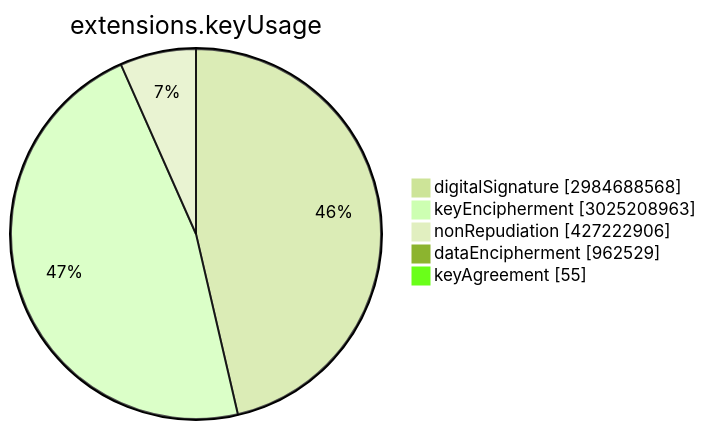
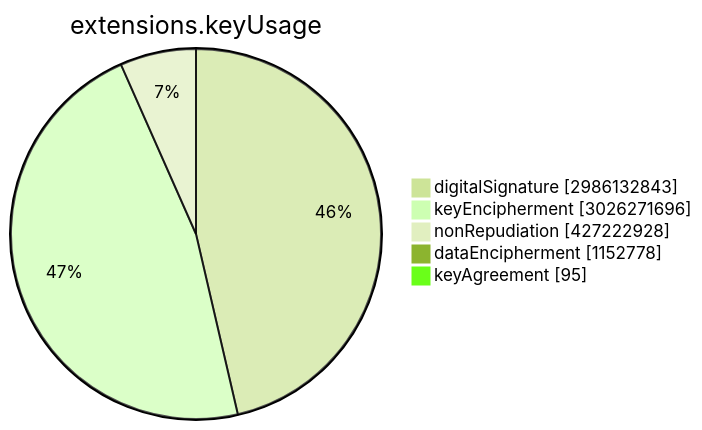
The sixth of 15 diagrams in TOTAL/README.md (christiankrug/ctmonitor_visualization), drawn with Mermaid (forest theme) before and after one commit. The commit also changed other lines of this file, not shown here.

````diff
--- a/TOTAL/README.md
+++ b/TOTAL/README.md
@@ -3070,9 +3070,9 @@
 ```mermaid
 pie showData
 title extensions.keyUsage
-"digitalSignature" :2984688568
-"keyEncipherment" :3025208963
-"nonRepudiation" :427222906
-"dataEncipherment" :962529
-"keyAgreement" :55
+"digitalSignature" :2986132843
+"keyEncipherment" :3026271696
+"nonRepudiation" :427222928
+"dataEncipherment" :1152778
+"keyAgreement" :95
 ```
````
